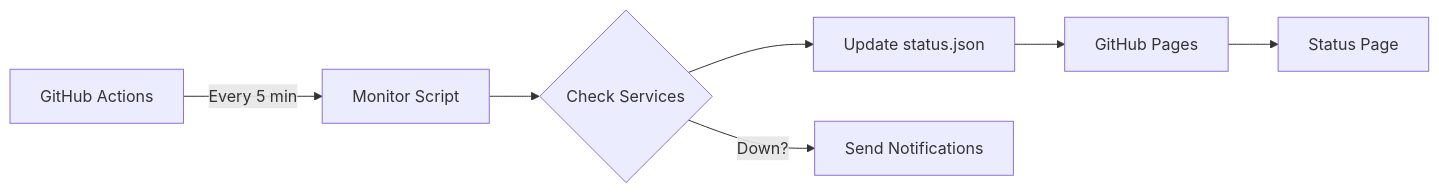
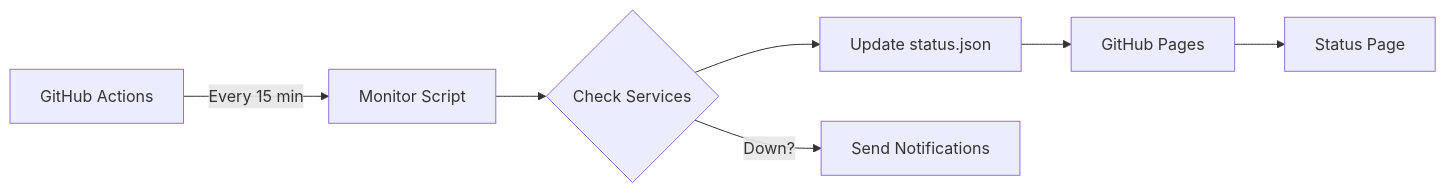
The diagram in docs/shadowStatus.md (Shadow-Develops/docusaurus), drawn with Mermaid before and after one commit. The commit also changed other lines of this file and 5 other files, not shown here.

````diff
--- a/docs/shadowStatus.md
+++ b/docs/shadowStatus.md
@@ -31,9 +31,9 @@
 ```mermaid
 graph LR
-    A[GitHub Actions] -->|Every 5 min| B[Monitor Script]
+    A[GitHub Actions] -->|Every 15 min| B[Monitor Script]
     B --> C{Check Services}
     C --> D[Update status.json]
     D --> E[GitHub Pages]
     E --> F[Status Page]
     C -->|Down?| G[Send Notifications]
 ```
````
